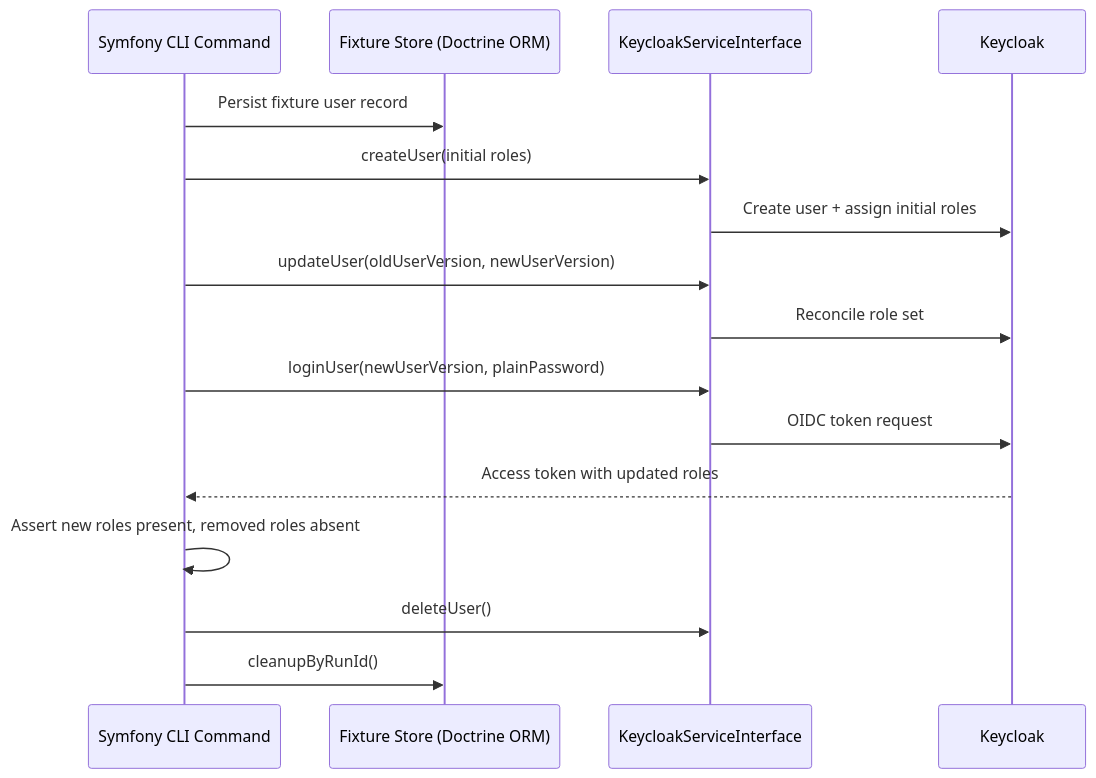
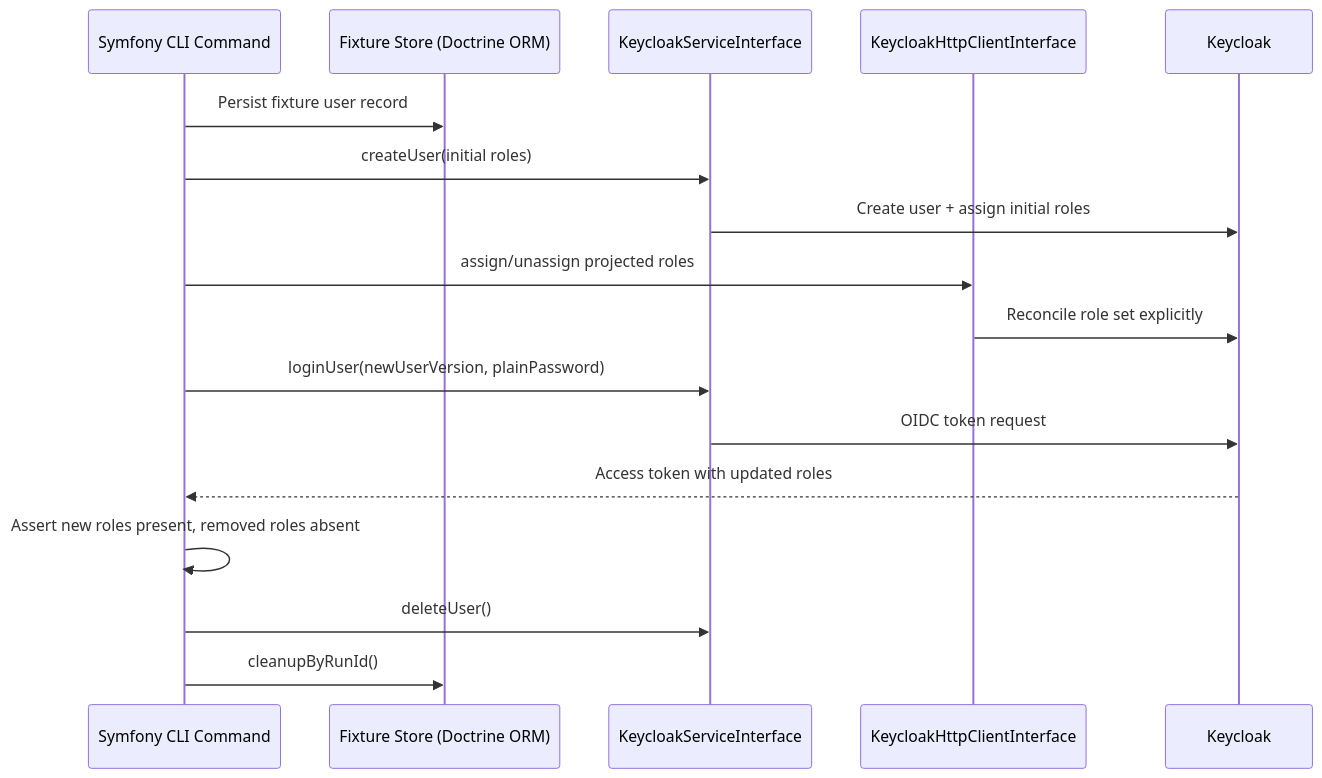
One commit to apacheborys/keycloak-cluster changed the diagram in docs/use-cases/06-role-management-lifecycle.md. Above: the diagram before and after it, drawn with Mermaid. The commit also changed other lines of this file and 9 other files, not shown here.

````diff
--- a/docs/use-cases/06-role-management-lifecycle.md
+++ b/docs/use-cases/06-role-management-lifecycle.md
@@ -16,19 +16,20 @@
 ```mermaid
 sequenceDiagram
     participant Cmd as Symfony CLI Command
     participant Store as Fixture Store (Doctrine ORM)
     participant KS as KeycloakServiceInterface
+    participant HTTP as KeycloakHttpClientInterface
     participant KC as Keycloak
 
     Cmd->>Store: Persist fixture user record
     Cmd->>KS: createUser(initial roles)
     KS->>KC: Create user + assign initial roles
-    Cmd->>KS: updateUser(oldUserVersion, newUserVersion)
-    KS->>KC: Reconcile role set
+    Cmd->>HTTP: assign/unassign projected roles
+    HTTP->>KC: Reconcile role set explicitly
     Cmd->>KS: loginUser(newUserVersion, plainPassword)
     KS->>KC: OIDC token request
     KC-->>Cmd: Access token with updated roles
     Cmd->>Cmd: Assert new roles present, removed roles absent
     Cmd->>KS: deleteUser()
     Cmd->>Store: cleanupByRunId()
 ```
````
